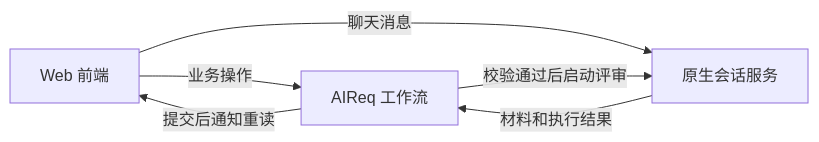
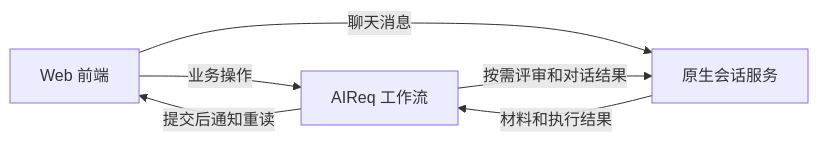
One commit to jchanghong023/ZCode changed the diagram in docs/architecture/pure-web-module-ownership.md. Above: the diagram before and after it, drawn with Mermaid. The commit also changed other lines of this file and 126 other files, not shown here.

````diff
--- a/docs/architecture/pure-web-module-ownership.md
+++ b/docs/architecture/pure-web-module-ownership.md
@@ -18,8 +18,8 @@
 ```mermaid
 flowchart LR
   UI[Web 前端] -->|业务操作| W[AIReq 工作流]
   UI -->|聊天消息| N[原生会话服务]
   N -->|材料和执行结果| W
-  W -->|校验通过后启动评审| N
+  W -->|按需评审和对话结果| N
   W -->|提交后通知重读| UI
 ```
````
